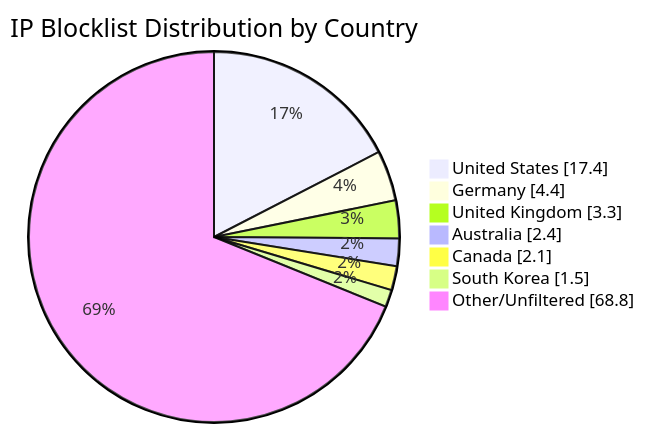
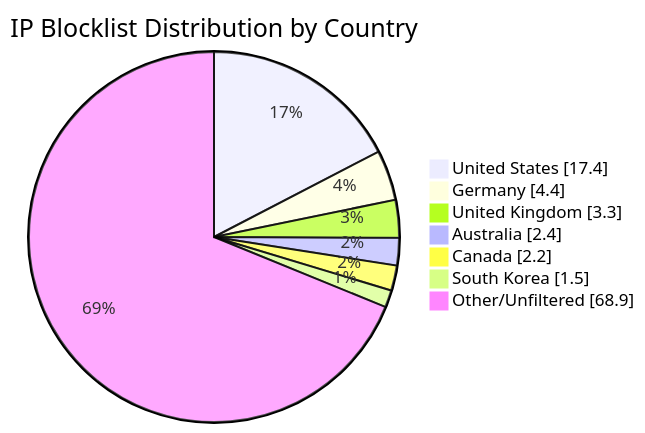
Before and after one commit to MarcusHoltz/ipblocklist-geofiltered-aggregator: the diagram in README.md, drawn with Mermaid. The commit also changed other lines of this file and 9 other files, not shown here.

````diff
--- a/README.md
+++ b/README.md
@@ -34,10 +34,10 @@
 ```mermaid
 pie showData title IP Blocklist Distribution by Country
 "United States" : 17.4
 "Germany" : 4.4
 "United Kingdom" : 3.3
 "Australia" : 2.4
-"Canada" : 2.1
+"Canada" : 2.2
 "South Korea" : 1.5
-"Other/Unfiltered" : 68.8
+"Other/Unfiltered" : 68.9
 ```
````
